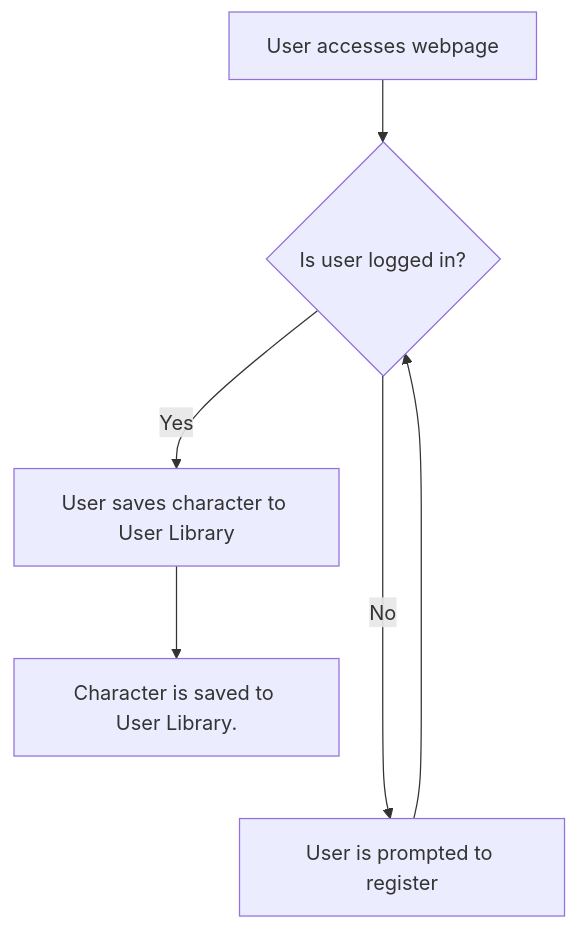
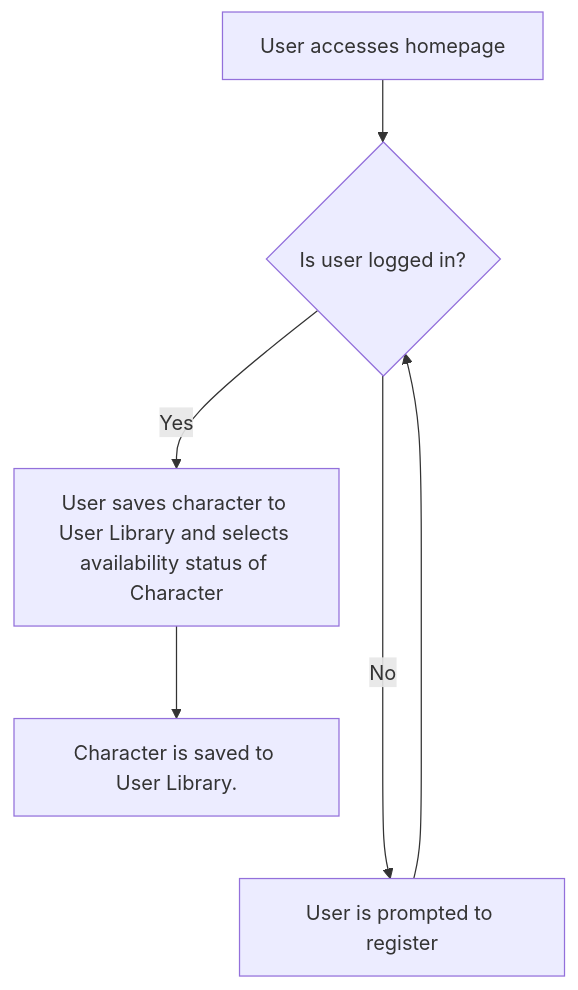
Before and after one commit to Wren00/create-an-orc: the fourth of 6 diagrams in README.md, drawn with Mermaid. The commit also changed other lines of this file, not shown here.

````diff
--- a/README.md
+++ b/README.md
@@ -580,6 +554,6 @@
 ```mermaid
 flowchart TD
-	A[User accesses webpage] --> B{Is user logged in?}
-	B -- Yes --> C[User saves character to User Library] --> E[Character is saved to User Library.]
+	A[User accesses homepage] --> B{Is user logged in?}
+	B -- Yes --> C[User saves character to User Library and selects availability status of Character] --> E[Character is saved to User Library.]
 	B -- No ----> D[User is prompted to register] --> B
 ```
````
